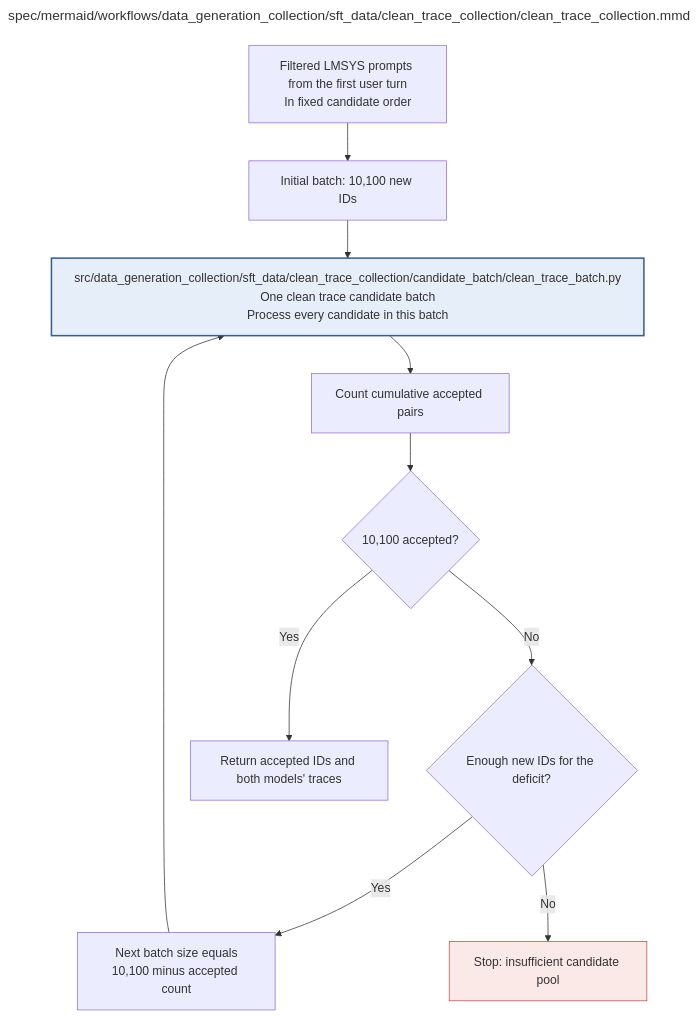
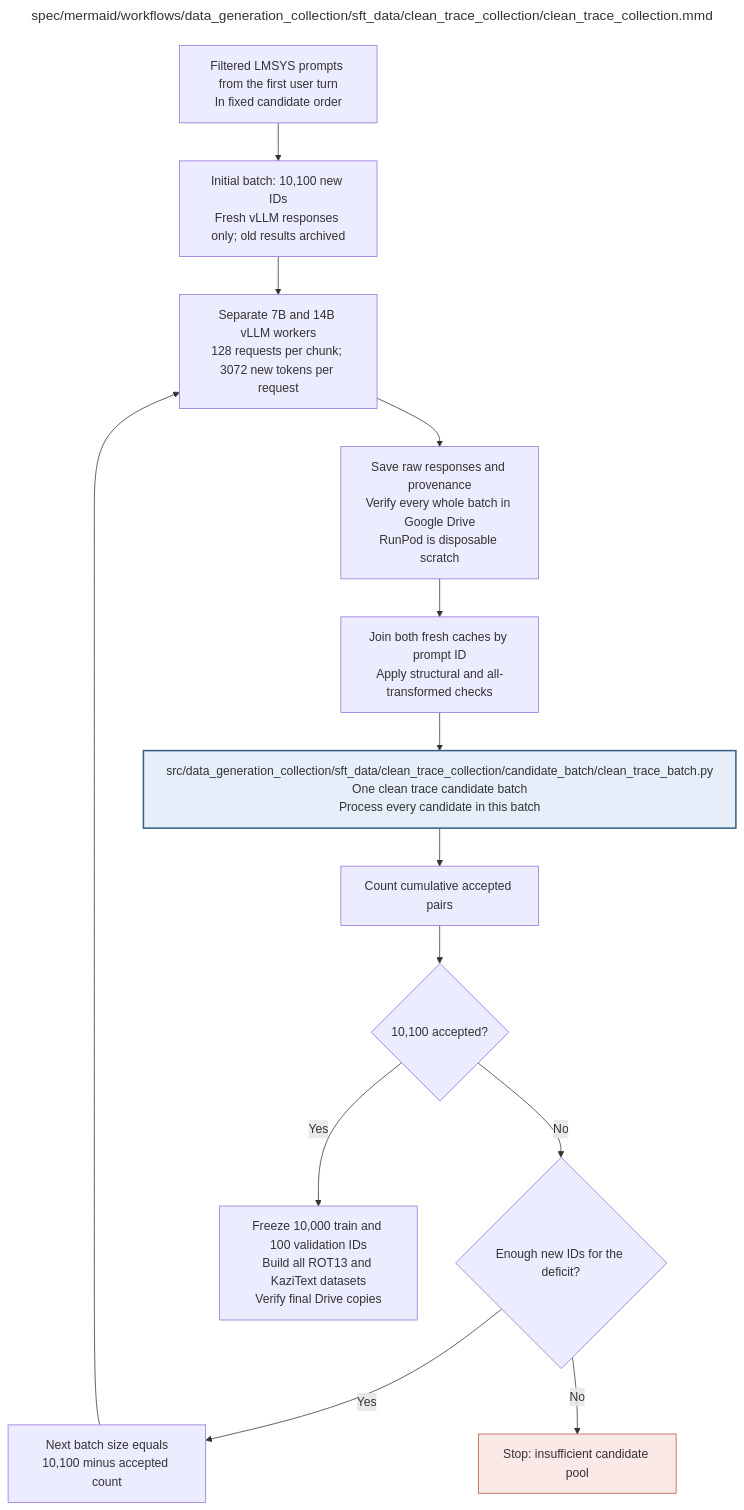
The diagram in docs/modules/data_generation_collection/sft_data/clean_trace_collection/clean_trace_collection.md (AJUNNYC/inducing_persistent_textual_chain_of_thought_illegibility), drawn with Mermaid before and after one commit. The commit also changed other lines of this file and 21 other files, not shown here.

Commit message:
Document vLLM generation, Drive preservation and frozen RL selection

````diff
--- a/docs/modules/data_generation_collection/sft_data/clean_trace_collection/clean_trace_collection.md
+++ b/docs/modules/data_generation_collection/sft_data/clean_trace_collection/clean_trace_collection.md
@@ -56,39 +56,42 @@
 ```mermaid
 ---
 title: "spec/mermaid/workflows/data_generation_collection/sft_data/clean_trace_collection/clean_trace_collection.mmd"
 ---
 flowchart TD
 %% Clean trace collection
 %% Edit quoted node labels directly; this is native Mermaid source.
 %% Contract: ../../../shared_procedures/recovery_procedure.mmd applies to execution failures.
 %% No oversampling: every refill is exactly the deficit, using new IDs.
 %% Rejected outputs are retained but are not resampled until they pass.
 %% Each model trace must pass structural checks, including at least three eligible original word spans.
 %% No semantic correctness or quality filter. Clean means untransformed baseline output.
 %% Child: PROCESS => candidate_batch/clean_trace_batch.mmd
     INPUT["Filtered LMSYS prompts from the first user turn<br/>In fixed candidate order"]
-    INITIAL["Initial batch: 10,100 new IDs"]
+    INITIAL["Initial batch: 10,100 new IDs<br/>Fresh vLLM responses only; old results archived"]
     PROCESS["src/data_generation_collection/sft_data/clean_trace_collection/candidate_batch/clean_trace_batch.py<br/>One clean trace candidate batch<br/>Process every candidate in this batch"]
+    WORKERS["Separate 7B and 14B vLLM workers<br/>128 requests per chunk; 3072 new tokens per request"]
+    DRIVE["Save raw responses and provenance<br/>Verify every whole batch in Google Drive<br/>RunPod is disposable scratch"]
+    JOIN["Join both fresh caches by prompt ID<br/>Apply structural and all-transformed checks"]
     COUNT["Count cumulative accepted pairs"]
     ENOUGH{"10,100 accepted?"}
     POOL{"Enough new IDs for the deficit?"}
     REFILL["Next batch size equals<br/>10,100 minus accepted count"]
-    OUT["Return accepted IDs and both models' traces"]
+    OUT["Freeze 10,000 train and 100 validation IDs<br/>Build all ROT13 and KaziText datasets<br/>Verify final Drive copies"]
     STOP["Stop: insufficient candidate pool"]
-    INPUT --> INITIAL --> PROCESS --> COUNT --> ENOUGH
+    INPUT --> INITIAL --> WORKERS --> DRIVE --> JOIN --> PROCESS --> COUNT --> ENOUGH
     ENOUGH -->|Yes| OUT
     ENOUGH -->|No| POOL
-    POOL -->|Yes| REFILL --> PROCESS
+    POOL -->|Yes| REFILL --> WORKERS
     POOL -->|No| STOP
     classDef detail fill:#e5eef9,stroke:#365f8a,stroke-width:2px
     class PROCESS detail
     classDef stop fill:#fbe9e7,stroke:#b45448
     class STOP stop
 %% Filter English / prompt length, deduplicate and exclude detectable evaluation overlap before fixing candidate order.
 
 %% Repository module: src/data_generation_collection/sft_data/clean_trace_collection/clean_trace_collection.py
 %% Module documentation: docs/modules/data_generation_collection/sft_data/clean_trace_collection/clean_trace_collection.md
 %% Unit test: tests/unit/data_generation_collection/sft_data/clean_trace_collection/test_clean_trace_collection.py
 %% Owner: data_preparation
 %% Source sections: 3.1; B.1; E.2.2–E.2.4; H.2.3,H.3
 ```
````
